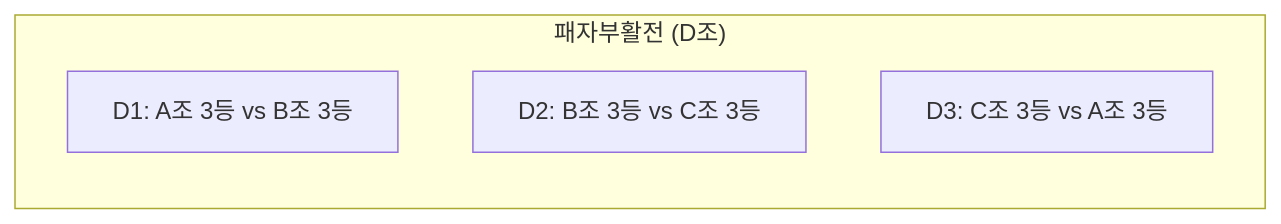
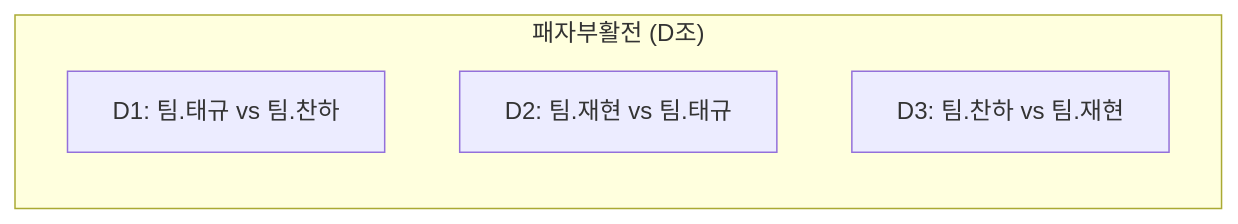
One commit to winteruss/3-8-Brawlstars-Tournament changed the second of 3 diagrams in 브롤대회.md. Above: the diagram before and after it, drawn with Mermaid. The commit also changed other lines of this file, not shown here.

````diff
--- a/브롤대회.md
+++ b/브롤대회.md
@@ -81,10 +81,10 @@
 ```mermaid
 flowchart TB
   %% 패자부활전
   subgraph Losers["패자부활전 (D조)"]
     direction TB
-    D1["D1: A조 3등 vs B조 3등"]
-    D2["D2: B조 3등 vs C조 3등"]
-    D3["D3: C조 3등 vs A조 3등"]
+    D1["D1: 팀.태규 vs 팀.찬하"]
+    D2["D2: 팀.재현 vs 팀.태규"]
+    D3["D3: 팀.찬하 vs 팀.재현"]
   end
 ```
````
